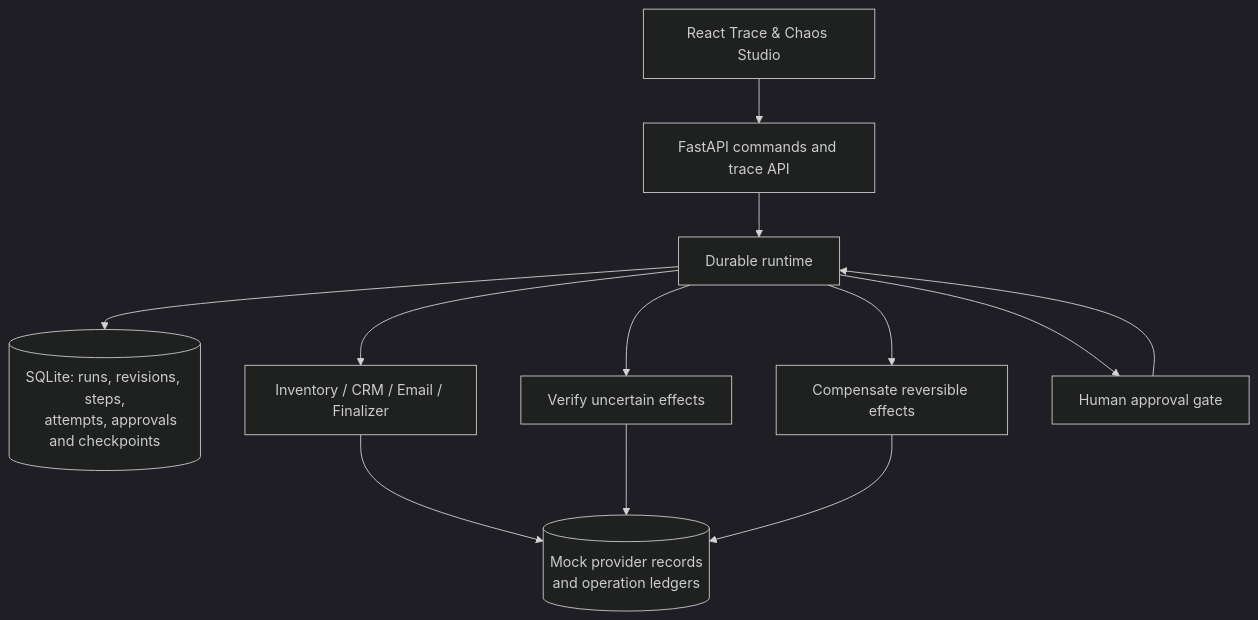
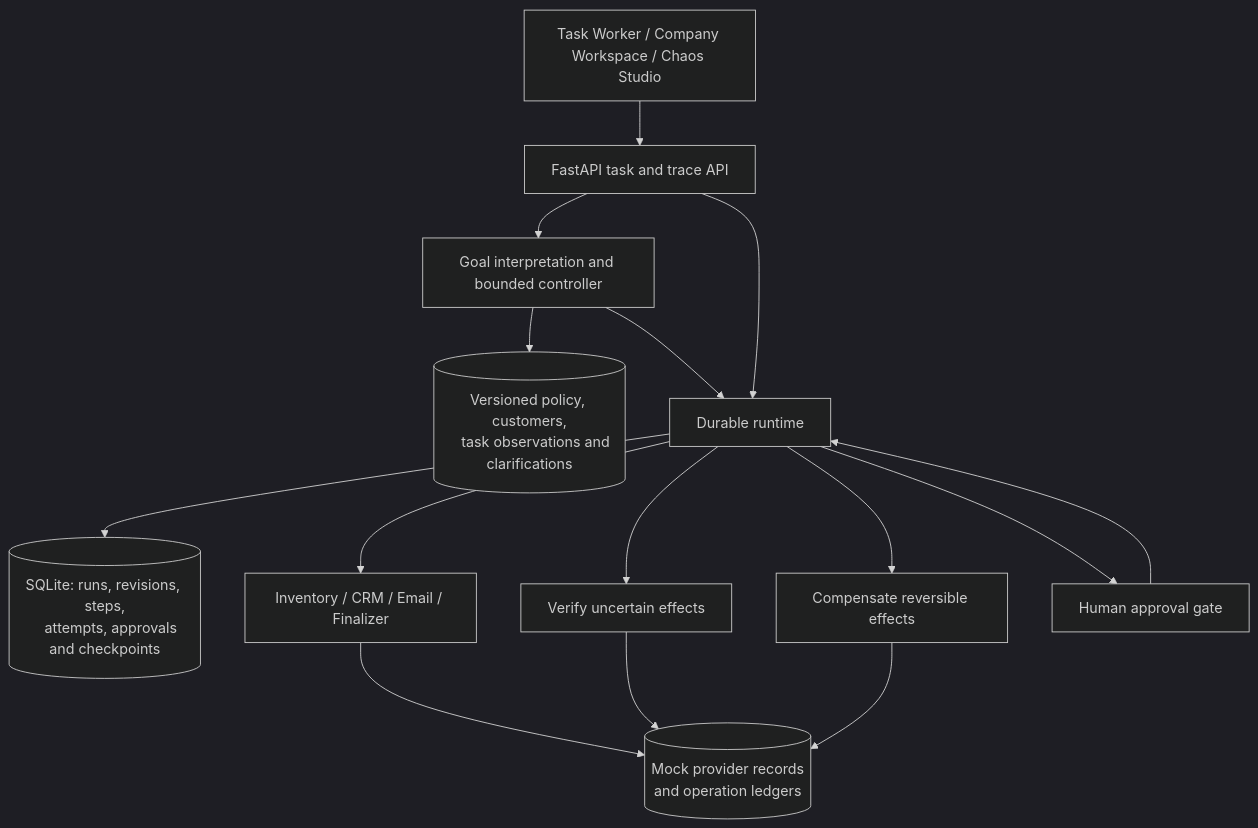
Before and after one commit to Stark2028/saga-agent: the diagram in README.md, drawn with Mermaid (dark theme). The commit also changed other lines of this file and 40 other files, not shown here.

Commit message:
Add goal-driven task worker with policy context and verified outcomes

````diff
--- a/README.md
+++ b/README.md
@@ -49,16 +51,20 @@
 ```mermaid
 flowchart TD
-    UI[React Trace & Chaos Studio] --> API[FastAPI commands and trace API]
+    UI[Task Worker / Company Workspace / Chaos Studio] --> API[FastAPI task and trace API]
+    API --> AG[Goal interpretation and bounded controller]
+    AG --> CTX[(Versioned policy, customers,
+    task observations and clarifications)]
+    AG --> RT
     API --> RT[Durable runtime]
     RT --> DB[(SQLite: runs, revisions, steps,
     attempts, approvals and checkpoints)]
     RT --> TOOLS[Inventory / CRM / Email / Finalizer]
     TOOLS --> EXT[(Mock provider records
     and operation ledgers)]
     RT --> VERIFY[Verify uncertain effects]
     VERIFY --> EXT
     RT --> COMP[Compensate reversible effects]
     COMP --> EXT
     RT --> GATE[Human approval gate]
     GATE --> RT
 ```
````
